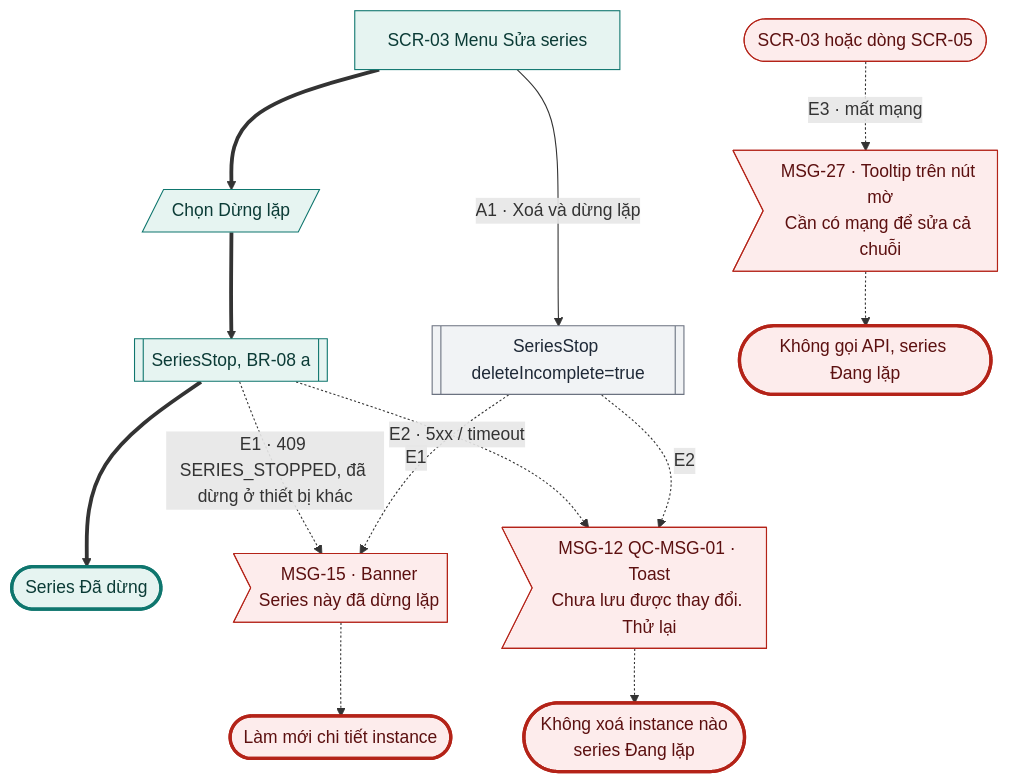
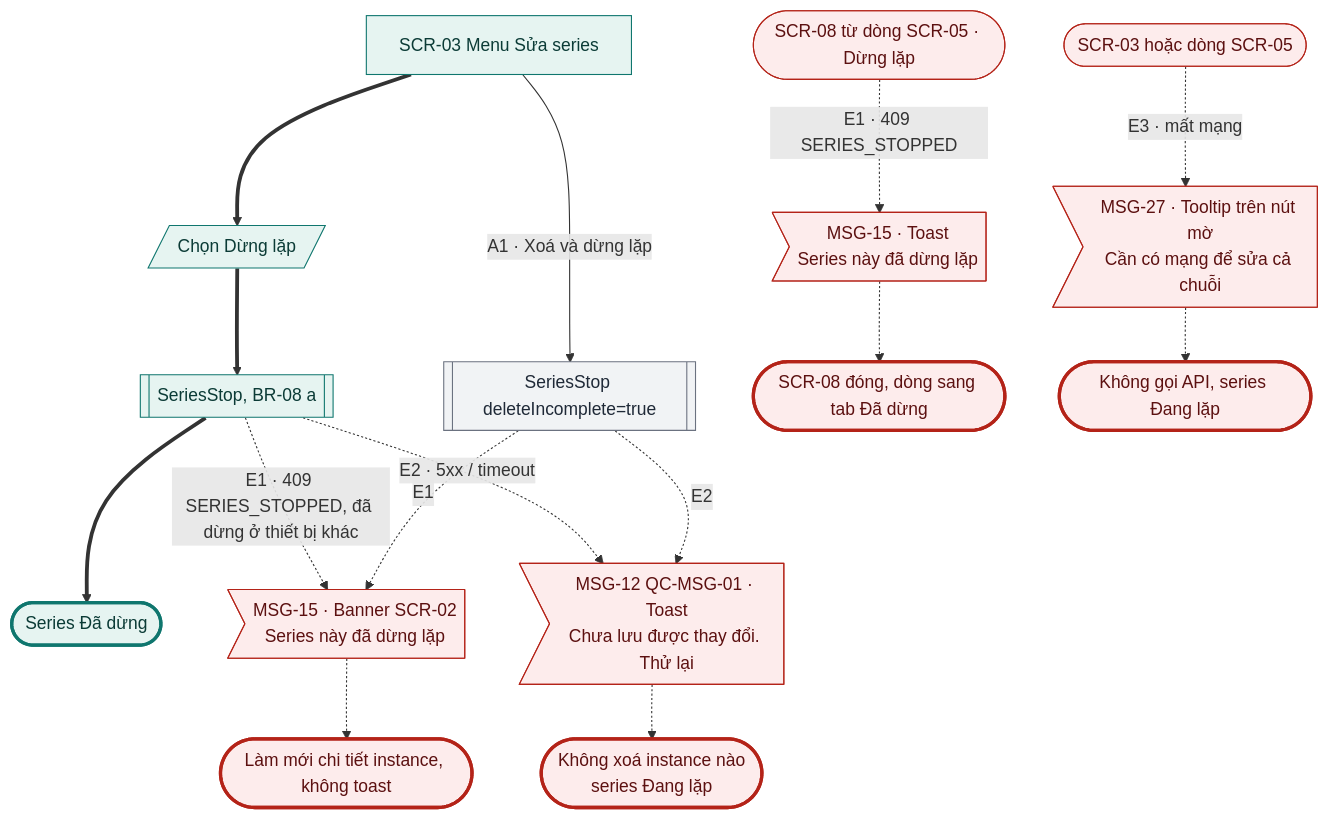
One commit to tannguyenho/personal-app changed diagram 14 of 19 in docs/design-brief/flow/g03-task-lap-lai.md. Above: the diagram before and after it, drawn with Mermaid. The commit also changed other lines of this file and 8 other files, not shown here.

````diff
--- a/docs/design-brief/flow/g03-task-lap-lai.md
+++ b/docs/design-brief/flow/g03-task-lap-lai.md
@@ -579,34 +600,36 @@
 ```mermaid
 flowchart TD
   s1["SCR-03 Menu Sửa series"]
   u1[/"Chọn Dừng lặp"/]
   p1[["SeriesStop, BR-08 a"]]
   a1p[["SeriesStop deleteIncomplete=true"]]
   ok(["Series Đã dừng"])
   s1 ==> u1 ==> p1 ==> ok
   s1 -->|"A1 · Xoá và dừng lặp"| a1p
 
-  p1 -.->|"E1 · 409 SERIES_STOPPED, đã dừng ở thiết bị khác"| e1m>"MSG-15 · Banner<br/>Series này đã dừng lặp"]
+  p1 -.->|"E1 · 409 SERIES_STOPPED, đã dừng ở thiết bị khác"| e1m>"MSG-15 · Banner SCR-02<br/>Series này đã dừng lặp"]
   a1p -.->|"E1"| e1m
-  e1m -.-> e1(["Làm mới chi tiết instance"])
+  e1m -.-> e1(["Làm mới chi tiết instance, không toast"])
+  e1s(["SCR-08 từ dòng SCR-05 · Dừng lặp"]) -.->|"E1 · 409 SERIES_STOPPED"| e1t>"MSG-15 · Toast<br/>Series này đã dừng lặp"]
+  e1t -.-> e1u(["SCR-08 đóng, dòng sang tab Đã dừng"])
   p1 -.->|"E2 · 5xx / timeout"| e2m>"MSG-12 QC-MSG-01 · Toast<br/>Chưa lưu được thay đổi. Thử lại"]
   a1p -.->|"E2"| e2m
   e2m -.-> e2(["Không xoá instance nào<br/>series Đang lặp"])
   e3s(["SCR-03 hoặc dòng SCR-05"]) -.->|"E3 · mất mạng"| e3m>"MSG-27 · Tooltip trên nút mờ<br/>Cần có mạng để sửa cả chuỗi"]
   e3m -.-> e3(["Không gọi API, series Đang lặp"])
 
   class s1,u1,p1 happy
   class a1p alt
-  class e1m,e2m,e3s,e3m err
+  class e1m,e1s,e1t,e2m,e3s,e3m err
   class ok done
-  class e1,e2,e3 fail
+  class e1,e1u,e2,e3 fail
   classDef happy fill:#E6F4F1,stroke:#0F766E,color:#0B3B36
   classDef alt fill:#F1F3F5,stroke:#6B7280,color:#1F2937
   classDef err fill:#FDECEC,stroke:#B42318,color:#5C1010
   classDef warn fill:#FEF4E2,stroke:#B45309,color:#4A2604
   classDef ai fill:#F1ECFD,stroke:#6D28D9,color:#2E1065
   classDef sync fill:#FFFFFF,stroke:#6B7280,stroke-dasharray:4 3,color:#1F2937
   classDef link fill:#FFFFFF,stroke:#0F766E,stroke-dasharray:4 3,color:#0B3B36
   classDef done fill:#E6F4F1,stroke:#0F766E,stroke-width:3px,color:#0B3B36
   classDef fail fill:#FDECEC,stroke:#B42318,stroke-width:3px,color:#5C1010
 ```
````
